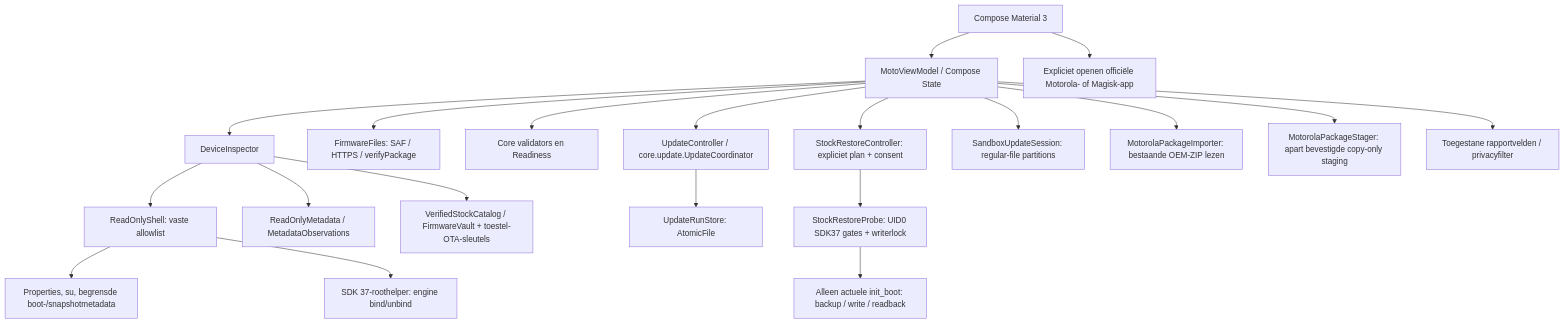
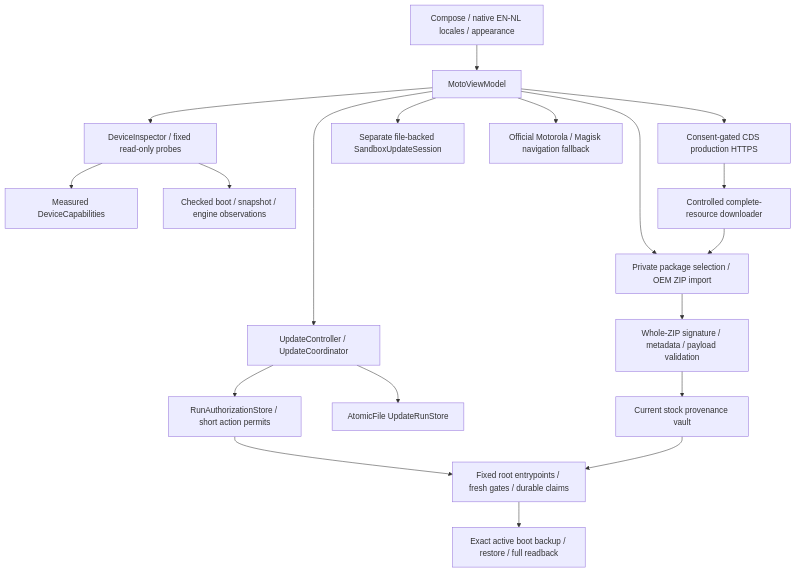
The diagram in docs/ARCHITECTURE.md (JustMLC4real/moto-ota-manager), drawn with Mermaid before and after one commit. The commit also changed other lines of this file and 177 other files, not shown here.

Commit message:
Implement Moto OTA Manager 1.0.0 full release

````diff
--- a/docs/ARCHITECTURE.md
+++ b/docs/ARCHITECTURE.md
@@ -7,22 +5,21 @@
 ```mermaid
 flowchart TD
-    UI[Compose Material 3] --> VM[MotoViewModel / Compose State]
-    VM --> DI[DeviceInspector]
-    DI --> SH[ReadOnlyShell: vaste allowlist]
-    SH --> OS[Properties, su, begrensde boot-/snapshotmetadata]
-    SH --> RP[SDK 37-roothelper: engine bind/unbind]
-    DI --> MD[ReadOnlyMetadata / MetadataObservations]
-    DI --> SC[VerifiedStockCatalog / FirmwareVault + toestel-OTA-sleutels]
-    VM --> FF[FirmwareFiles: SAF / HTTPS / verifyPackage]
-    VM --> CORE[Core validators en Readiness]
-    VM --> WF[UpdateController / core.update.UpdateCoordinator]
-    WF --> STORE[UpdateRunStore: AtomicFile]
-    VM --> RESTORE[StockRestoreController: expliciet plan + consent]
-    RESTORE --> HELPER[StockRestoreProbe: UID0 SDK37 gates + writerlock]
-    HELPER --> PART[Alleen actuele init_boot: backup / write / readback]
-    VM --> SIM[SandboxUpdateSession: regular-file partitions]
-    VM --> IMPORT[MotorolaPackageImporter: bestaande OEM-ZIP lezen]
-    VM --> STAGE[MotorolaPackageStager: apart bevestigde copy-only staging]
-    VM --> EXPORT[Toegestane rapportvelden / privacyfilter]
-    UI --> APPS[Expliciet openen officiële Motorola- of Magisk-app]
+    UI[Compose / native EN-NL locales / appearance] --> VM[MotoViewModel]
+    VM --> DI[DeviceInspector / fixed read-only probes]
+    DI --> CAP[Measured DeviceCapabilities]
+    DI --> META[Checked boot / snapshot / engine observations]
+    VM --> CDS[Consent-gated CDS production HTTPS]
+    CDS --> DL[Controlled complete-resource downloader]
+    VM --> FF[Private package selection / OEM ZIP import]
+    DL --> FF
+    FF --> VERIFY[Whole-ZIP signature / metadata / payload validation]
+    VERIFY --> VAULT[Current stock provenance vault]
+    VM --> FLOW[UpdateController / UpdateCoordinator]
+    FLOW --> JOURNAL[AtomicFile UpdateRunStore]
+    FLOW --> AUTH[RunAuthorizationStore / short action permits]
+    AUTH --> ROOT[Fixed root entrypoints / fresh gates / durable claims]
+    VAULT --> ROOT
+    ROOT --> STOCK[Exact active boot backup / restore / full readback]
+    VM --> SIM[Separate file-backed SandboxUpdateSession]
+    VM --> OEM[Official Motorola / Magisk navigation fallback]
 ```
````
